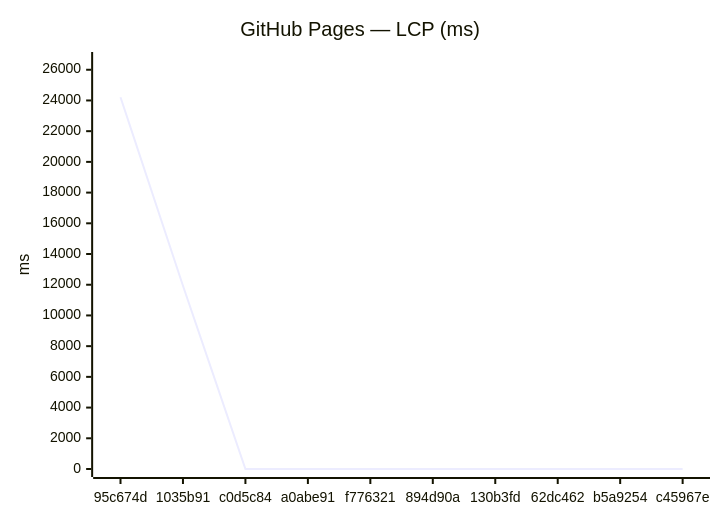
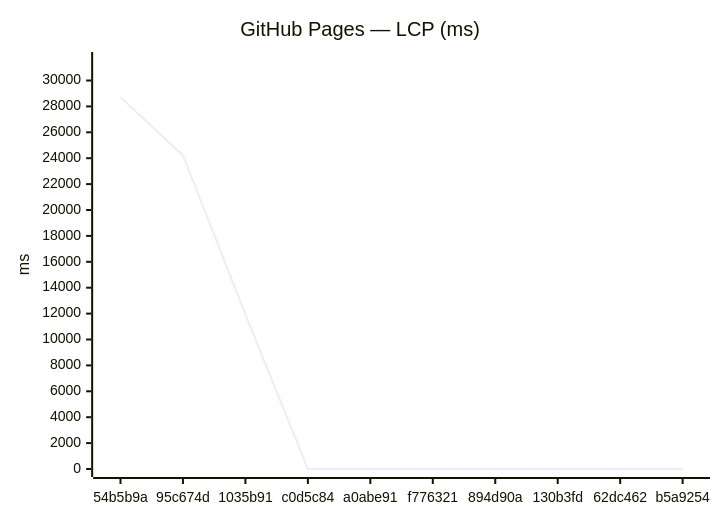
The third of 18 diagrams in benchmarks/compare.md (Metaheurist/Rianell), drawn with Mermaid before and after one commit. The commit also changed other lines of this file and 11 other files, not shown here.

````diff
--- a/benchmarks/compare.md
+++ b/benchmarks/compare.md
@@ -54,7 +54,7 @@
 ```mermaid
 xychart-beta
     title "GitHub Pages — LCP (ms)"
-    x-axis ["95c674d", "1035b91", "c0d5c84", "a0abe91", "f776321", "894d90a", "130b3fd", "62dc462", "b5a9254", "c45967e"]
-    y-axis "ms" 0 --> 26635
-    line [24213, 11936, 0, 0, 0, 0, 0, 0, 0, 0]
+    x-axis ["54b5b9a", "95c674d", "1035b91", "c0d5c84", "a0abe91", "f776321", "894d90a", "130b3fd", "62dc462", "b5a9254"]
+    y-axis "ms" 0 --> 31584
+    line [28712, 24213, 11936, 0, 0, 0, 0, 0, 0, 0]
 ```
````
